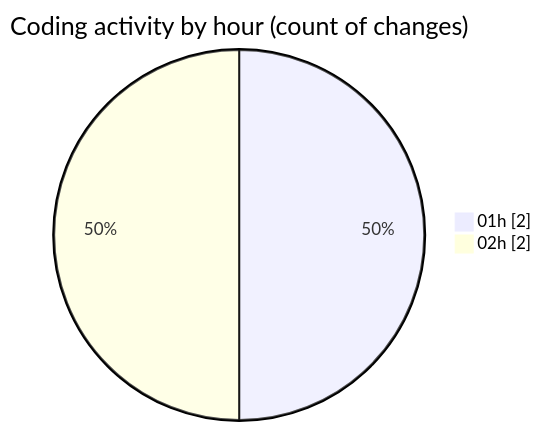
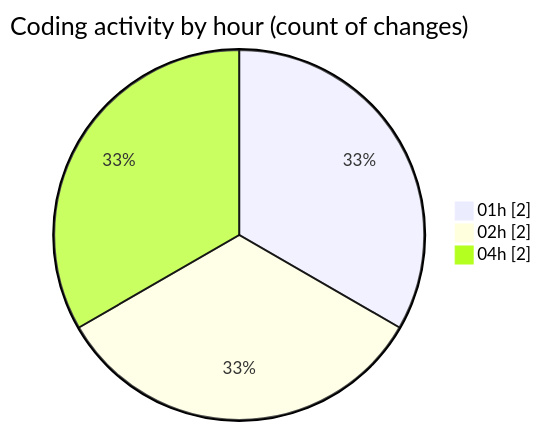
The second of 2 diagrams in 2026-02-05/singularitybrainai/README.md (tmsrecording-cyber/code-tracking), drawn with Mermaid before and after one commit. The commit also changed other lines of this file and 1 other file, not shown here.

````diff
--- a/2026-02-05/singularitybrainai/README.md
+++ b/2026-02-05/singularitybrainai/README.md
@@ -28,6 +28,7 @@
 ```mermaid
 pie showData
 title Coding activity by hour (count of changes)
 "01h" : 2
 "02h" : 2
+"04h" : 2
 ```
````
